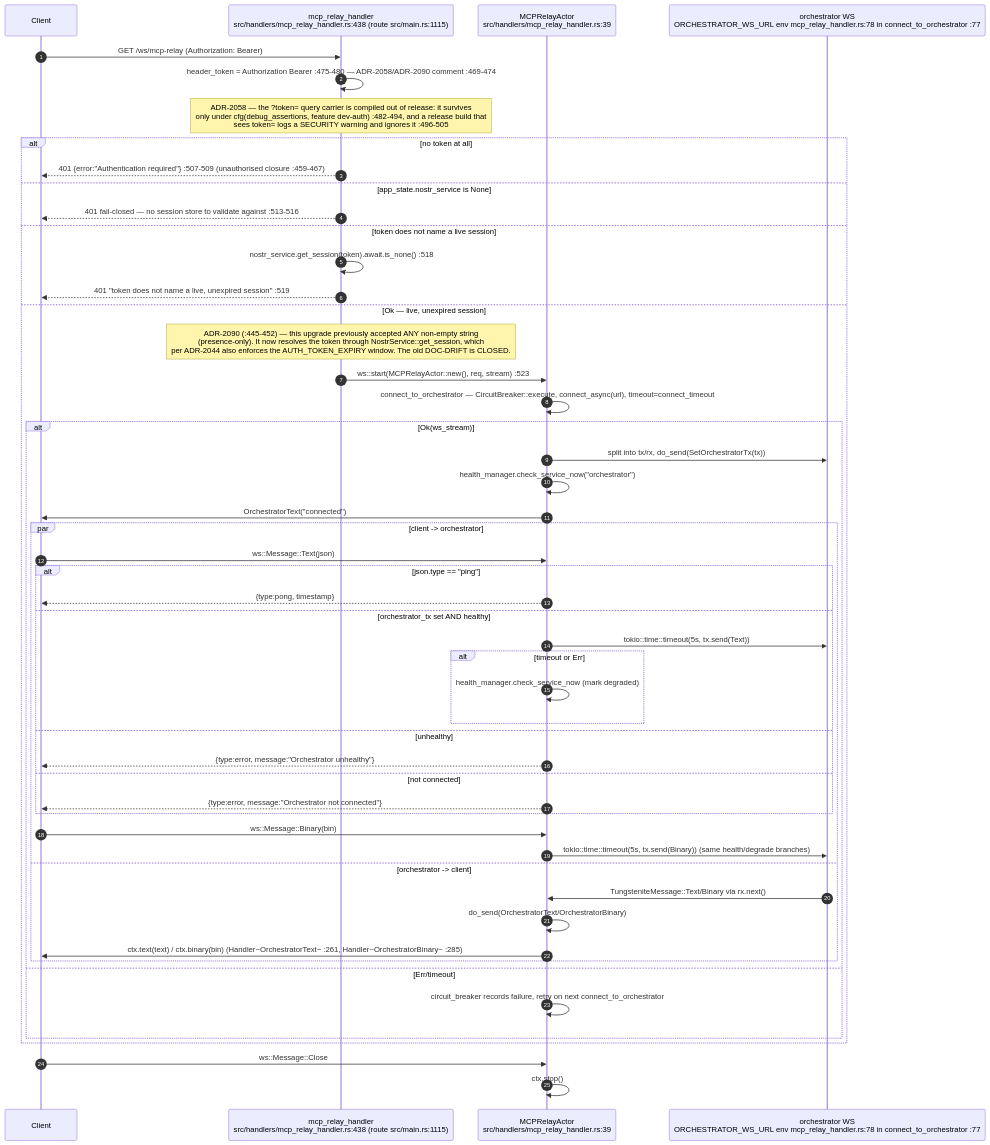
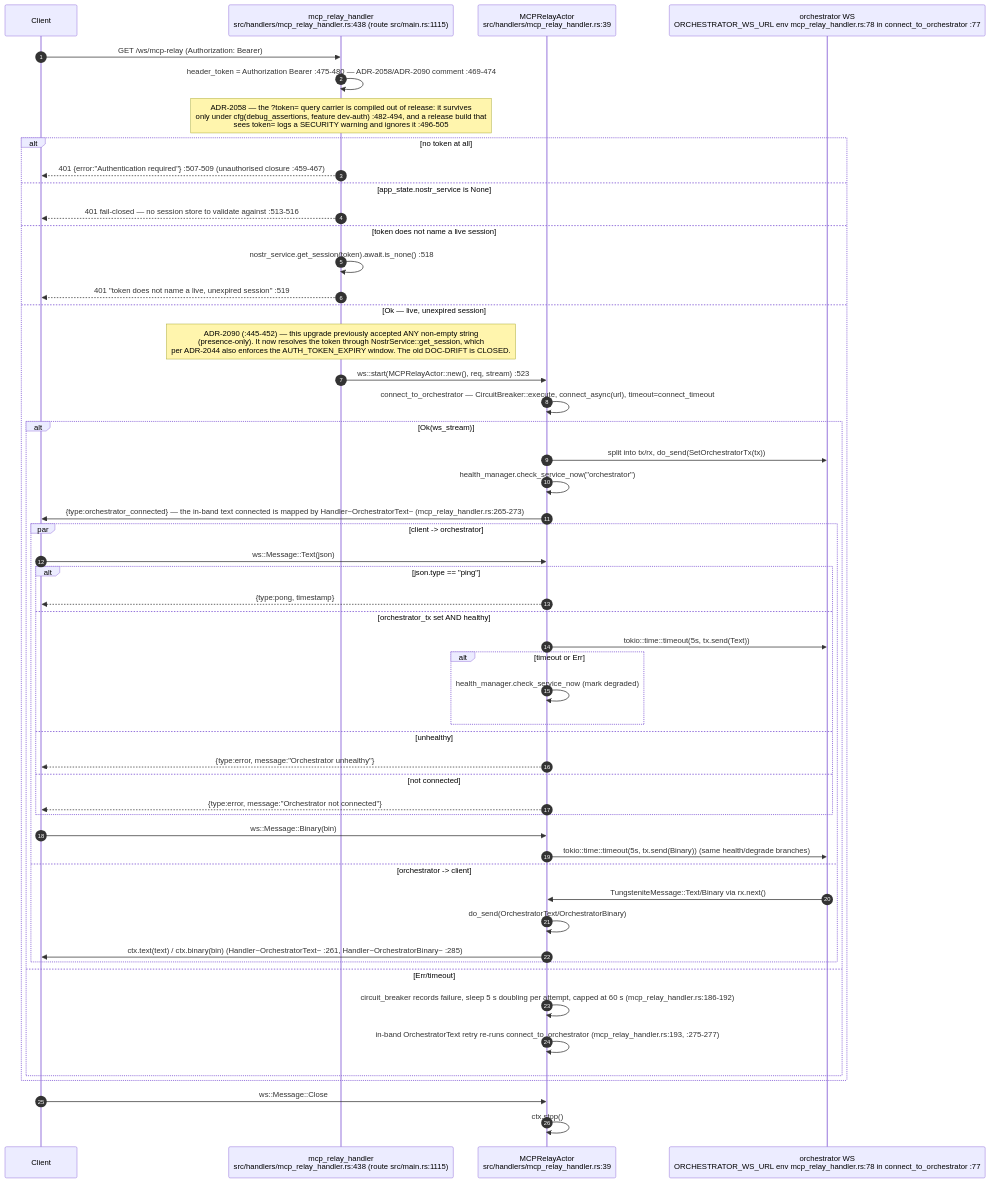
One commit to DreamLab-AI/VisionFlow changed the tenth of 15 diagrams in docs/diagrams/visionclaw/05-handlers-governance-and-identity.md. Above: the diagram before and after it, drawn with Mermaid. The commit also changed other lines of this file and 173 other files, not shown here.

````diff
--- a/docs/diagrams/visionclaw/05-handlers-governance-and-identity.md
+++ b/docs/diagrams/visionclaw/05-handlers-governance-and-identity.md
@@ -546,54 +561,55 @@
 ```mermaid
 sequenceDiagram
     autonumber
     participant C as Client
     participant H as mcp_relay_handler<br/>src/handlers/mcp_relay_handler.rs:438 (route src/main.rs:1115)
     participant A as MCPRelayActor<br/>src/handlers/mcp_relay_handler.rs:39
     participant O as orchestrator WS<br/>ORCHESTRATOR_WS_URL env mcp_relay_handler.rs:78 in connect_to_orchestrator :77
 
     C->>H: GET /ws/mcp-relay (Authorization: Bearer)
     H->>H: header_token = Authorization Bearer :475-480 — ADR-2058/ADR-2090 comment :469-474
     Note over H: ADR-2058 — the ?token= query carrier is compiled out of release: it survives<br/>only under cfg(debug_assertions, feature dev-auth) :482-494, and a release build that<br/>sees token= logs a SECURITY warning and ignores it :496-505
     alt no token at all
         H-->>C: 401 {error:"Authentication required"} :507-509 (unauthorised closure :459-467)
     else app_state.nostr_service is None
         H-->>C: 401 fail-closed — no session store to validate against :513-516
     else token does not name a live session
         H->>H: nostr_service.get_session(token).await.is_none() :518
         H-->>C: 401 "token does not name a live, unexpired session" :519
     else Ok — live, unexpired session
         Note over H: ADR-2090 (:445-452) — this upgrade previously accepted ANY non-empty string<br/>(presence-only). It now resolves the token through NostrService::get_session, which<br/>per ADR-2044 also enforces the AUTH_TOKEN_EXPIRY window. The old DOC-DRIFT is CLOSED.
         H->>A: ws::start(MCPRelayActor::new(), req, stream) :523
         A->>A: connect_to_orchestrator — CircuitBreaker::execute, connect_async(url), timeout=connect_timeout
         alt Ok(ws_stream)
             A->>O: split into tx/rx, do_send(SetOrchestratorTx(tx))
             A->>A: health_manager.check_service_now("orchestrator")
-            A->>C: OrchestratorText("connected")
+            A->>C: {type:orchestrator_connected} — the in-band text connected is mapped by Handler~OrchestratorText~ (mcp_relay_handler.rs:265-273)
             par client -> orchestrator
                 C->>A: ws::Message::Text(json)
                 alt json.type == "ping"
                     A-->>C: {type:pong, timestamp}
                 else orchestrator_tx set AND healthy
                     A->>O: tokio::time::timeout(5s, tx.send(Text))
                     alt timeout or Err
                         A->>A: health_manager.check_service_now (mark degraded)
                     end
                 else unhealthy
                     A-->>C: {type:error, message:"Orchestrator unhealthy"}
                 else not connected
                     A-->>C: {type:error, message:"Orchestrator not connected"}
                 end
                 C->>A: ws::Message::Binary(bin)
                 A->>O: tokio::time::timeout(5s, tx.send(Binary)) (same health/degrade branches)
             and orchestrator -> client
                 O->>A: TungsteniteMessage::Text/Binary via rx.next()
                 A->>A: do_send(OrchestratorText/OrchestratorBinary)
                 A->>C: ctx.text(text) / ctx.binary(bin) (Handler~OrchestratorText~ :261, Handler~OrchestratorBinary~ :285)
             end
         else Err/timeout
-            A->>A: circuit_breaker records failure, retry on next connect_to_orchestrator
+            A->>A: circuit_breaker records failure, sleep 5 s doubling per attempt, capped at 60 s (mcp_relay_handler.rs:186-192)
+            A->>A: in-band OrchestratorText retry re-runs connect_to_orchestrator (mcp_relay_handler.rs:193, :275-277)
         end
     end
     C->>A: ws::Message::Close
     A->>A: ctx.stop()
 ```
````
